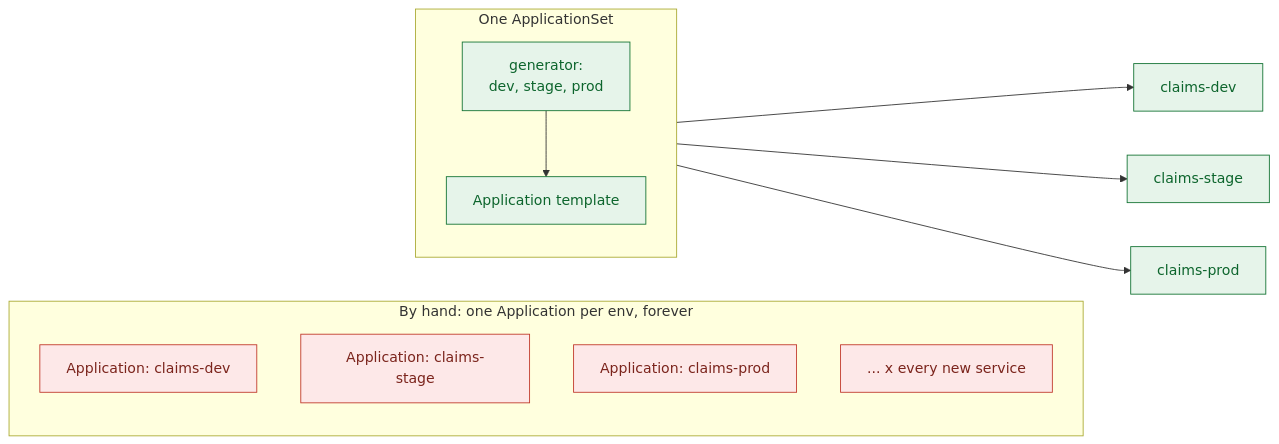
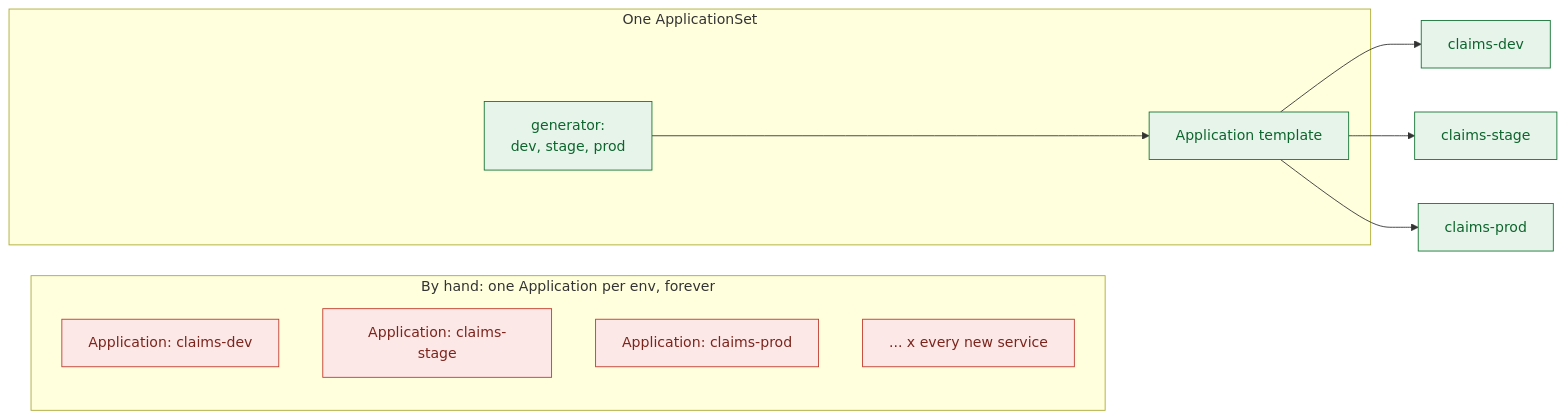
Before and after one commit to serhat-dirik/OCP-Getting-Started-Revamped: the diagram in content/modules/ROOT/examples/diagrams/gitops-at-scale/01-appset.mmd, drawn with Mermaid. The commit also changed 6 other files, not shown here.

```diff
--- a/content/modules/ROOT/examples/diagrams/gitops-at-scale/01-appset.mmd
+++ b/content/modules/ROOT/examples/diagrams/gitops-at-scale/01-appset.mmd
@@ -1,19 +1,18 @@
 flowchart LR
   subgraph HAND["By hand: one Application per env, forever"]
     direction TB
     H1[Application: claims-dev]
     H2[Application: claims-stage]
     H3[Application: claims-prod]
     H4[... x every new service]
   end
   subgraph SET["One ApplicationSet"]
-    direction TB
     GEN[generator:<br/>dev, stage, prod] --> TMPL[Application template]
   end
   TMPL --> A1[claims-dev]
   TMPL --> A2[claims-stage]
   TMPL --> A3[claims-prod]
   classDef h fill:#fde8e8,stroke:#c0392b,color:#7b241c;
   classDef s fill:#e6f4ea,stroke:#137333,color:#0d652d;
   class H1,H2,H3,H4 h;
   class GEN,TMPL,A1,A2,A3 s;
```
